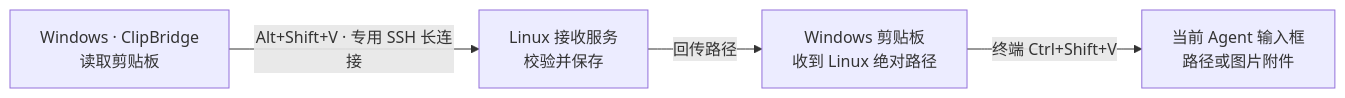
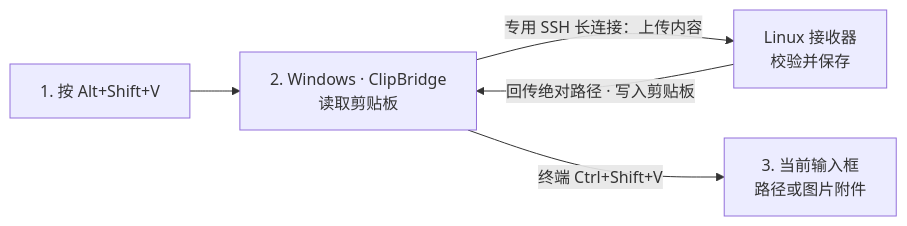
One commit to NewbieToEverything/clip-win-linux changed the second of 2 diagrams in README.zh.md. Above: the diagram before and after it, drawn with Mermaid. The commit also changed other lines of this file and 1 other file, not shown here.

Commit message:
Show the upload round trip after the hotkey

````diff
--- a/README.zh.md
+++ b/README.zh.md
@@ -27,10 +27,7 @@
 ```mermaid
 flowchart LR
-    A["Windows · ClipBridge<br/>读取剪贴板"]
-    B["Linux 接收服务<br/>校验并保存"]
-    C["Windows 剪贴板<br/>收到 Linux 绝对路径"]
-    D["当前 Agent 输入框<br/>路径或图片附件"]
-    A -->|"Alt+Shift+V · 专用 SSH 长连接"| B
-    B -->|"回传路径"| C
-    C -->|"终端 Ctrl+Shift+V"| D
+    H["1. 按 Alt+Shift+V"] --> W["2. Windows · ClipBridge<br/>读取剪贴板"]
+    W -->|"专用 SSH 长连接：上传内容"| L["Linux 接收器<br/>校验并保存"]
+    L -->|"回传绝对路径 · 写入剪贴板"| W
+    W -->|"终端 Ctrl+Shift+V"| A["3. 当前输入框<br/>路径或图片附件"]
 ```
````
